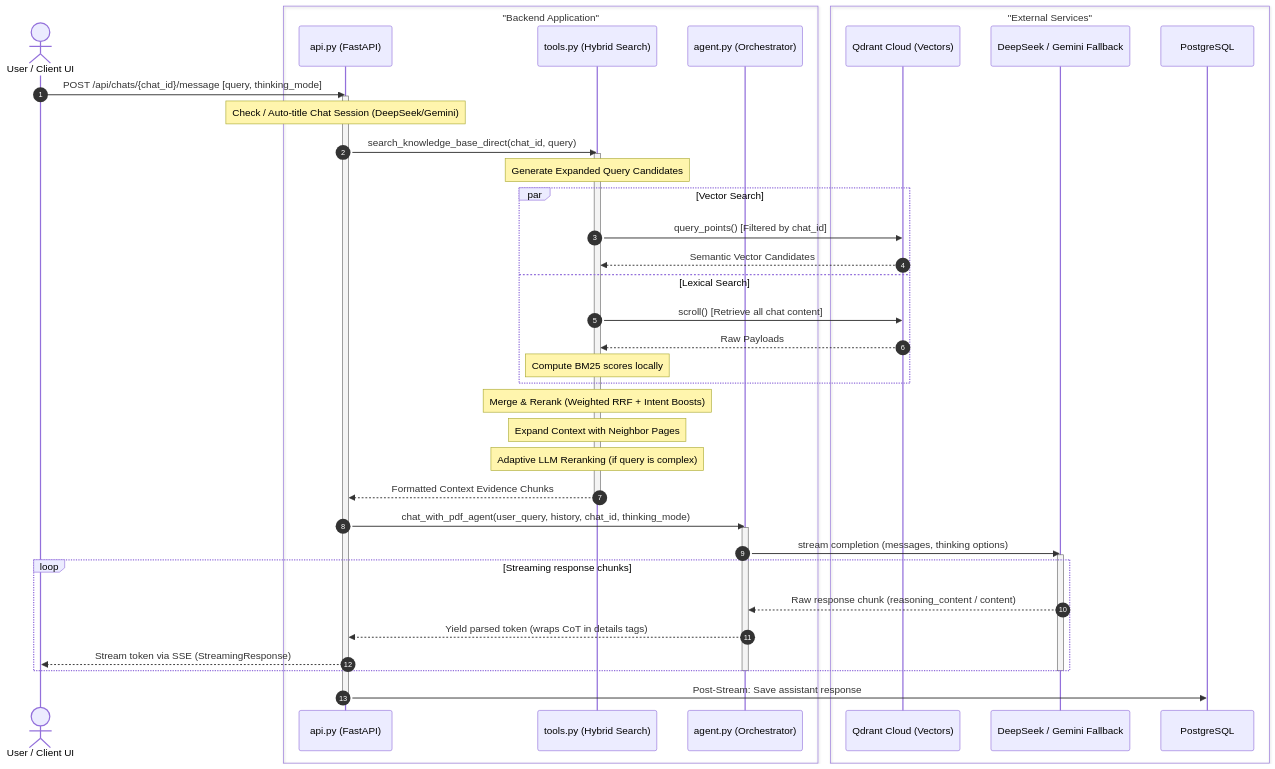
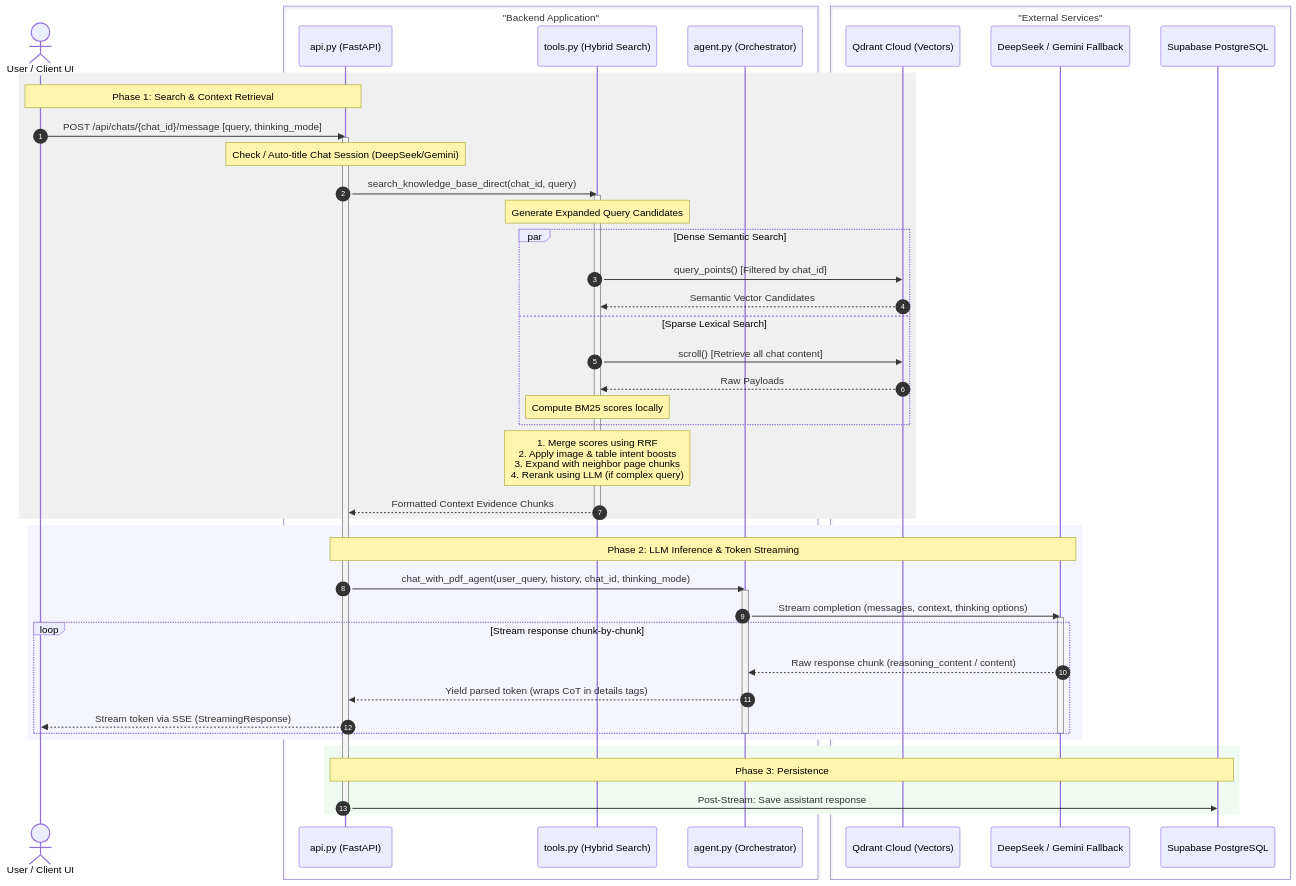
The second of 3 diagrams in info.md (supernovaDS/ragAgent), drawn with Mermaid before and after one commit. The commit also changed other lines of this file, not shown here.

Commit message:
docs: add write path diagram and color-phase read path sequence diagram in info.md

````diff
--- a/info.md
+++ b/info.md
@@ -37,57 +95,63 @@
 ```mermaid
 sequenceDiagram
     autonumber
     actor User as User / Client UI
     
     box "Backend Application"
         participant API as api.py (FastAPI)
         participant Tools as tools.py (Hybrid Search)
         participant Agent as agent.py (Orchestrator)
     end
 
     box "External Services"
         participant Qdrant as Qdrant Cloud (Vectors)
         participant LLM as DeepSeek / Gemini Fallback
-        participant DB as PostgreSQL
+        participant DB as Supabase PostgreSQL
     end
 
-    User->>API: POST /api/chats/{chat_id}/message [query, thinking_mode]
-    activate API
-    
-    Note over API: Check / Auto-title Chat Session (DeepSeek/Gemini)
-    API->>Tools: search_knowledge_base_direct(chat_id, query)
-    activate Tools
-    Note over Tools: Generate Expanded Query Candidates
-    
-    par Vector Search
-        Tools->>Qdrant: query_points() [Filtered by chat_id]
-        Qdrant-->>Tools: Semantic Vector Candidates
-    and Lexical Search
-        Tools->>Qdrant: scroll() [Retrieve all chat content]
-        Qdrant-->>Tools: Raw Payloads
-        Note over Tools: Compute BM25 scores locally
+    rect rgb(240, 240, 240)
+        Note over User, API: Phase 1: Search & Context Retrieval
+        User->>API: POST /api/chats/{chat_id}/message [query, thinking_mode]
+        activate API
+        
+        Note over API: Check / Auto-title Chat Session (DeepSeek/Gemini)
+        API->>Tools: search_knowledge_base_direct(chat_id, query)
+        activate Tools
+        Note over Tools: Generate Expanded Query Candidates
+        
+        par Dense Semantic Search
+            Tools->>Qdrant: query_points() [Filtered by chat_id]
+            Qdrant-->>Tools: Semantic Vector Candidates
+        and Sparse Lexical Search
+            Tools->>Qdrant: scroll() [Retrieve all chat content]
+            Qdrant-->>Tools: Raw Payloads
+            Note over Tools: Compute BM25 scores locally
+        end
+
+        Note over Tools: 1. Merge scores using RRF<br/>2. Apply image & table intent boosts<br/>3. Expand with neighbor page chunks<br/>4. Rerank using LLM (if complex query)
+        Tools-->>API: Formatted Context Evidence Chunks
+        deactivate Tools
     end
 
-    Note over Tools: Merge & Rerank (Weighted RRF + Intent Boosts)
-    Note over Tools: Expand Context with Neighbor Pages
-    Note over Tools: Adaptive LLM Reranking (if query is complex)
-    Tools-->>API: Formatted Context Evidence Chunks
-    deactivate Tools
+    rect rgb(245, 245, 255)
+        Note over API, LLM: Phase 2: LLM Inference & Token Streaming
+        API->>Agent: chat_with_pdf_agent(user_query, history, chat_id, thinking_mode)
+        activate Agent
+        Agent->>LLM: Stream completion (messages, context, thinking options)
+        activate LLM
+        
+        loop Stream response chunk-by-chunk
+            LLM-->>Agent: Raw response chunk (reasoning_content / content)
+            Agent-->>API: Yield parsed token (wraps CoT in details tags)
+            API-->>User: Stream token via SSE (StreamingResponse)
+        end
+        deactivate LLM
+        deactivate Agent
+    end
 
-    API->>Agent: chat_with_pdf_agent(user_query, history, chat_id, thinking_mode)
-    activate Agent
-    Agent->>LLM: stream completion (messages, thinking options)
-    activate LLM
-    
-    loop Streaming response chunks
-        LLM-->>Agent: Raw response chunk (reasoning_content / content)
-        Agent-->>API: Yield parsed token (wraps CoT in details tags)
-        API-->>User: Stream token via SSE (StreamingResponse)
+    rect rgb(240, 250, 240)
+        Note over API, DB: Phase 3: Persistence
+        API->>DB: Post-Stream: Save assistant response
+        deactivate API
     end
-    
-    deactivate LLM
-    deactivate Agent
-    
-    API->>DB: Post-Stream: Save assistant response
-    deactivate API
 ```
````
